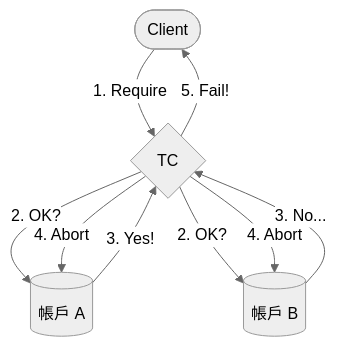
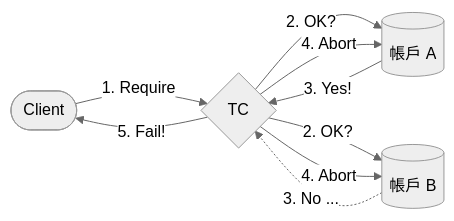
The second of 4 diagrams in two-pc-intro/index.md (Carricaner/carricaner.github.io), drawn with Mermaid (neutral theme) before and after one commit. The commit also changed other lines of this file and 2 other files, not shown here.

```diff
--- a/two-pc-intro/index.md
+++ b/two-pc-intro/index.md
@@ -155,11 +155,11 @@
 {{< mermaid >}}
-graph TD;
+graph LR;
    A([Client])-->|1. Require| B{TC}
    B-->|2. OK?| C[(帳戶 A)]
    B-->|2. OK?| D[(帳戶 B)]
    C-->|3. Yes!| B
-   D-->|3. No...| B
+   D-.->|3. No ...| B
    B-->|4. Abort| C
    B-->|4. Abort| D
    B-->|5. Fail!| A
 {{< /mermaid >}}
```
